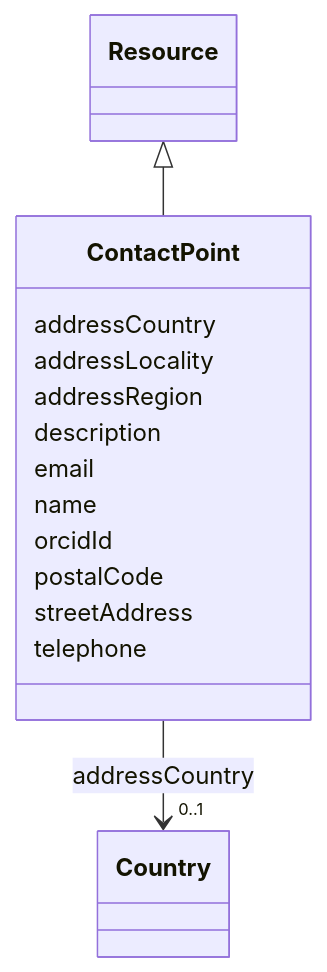
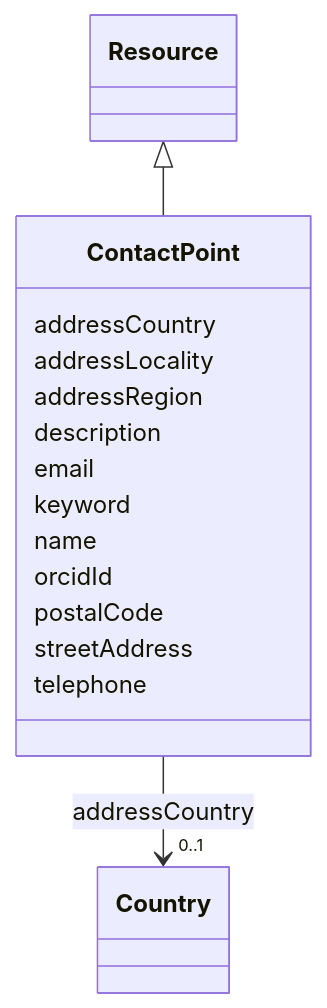
Before and after one commit to EVORA-project/evora-ontology: the diagram in models/docs/ContactPoint.md, drawn with Mermaid. The commit also changed other lines of this file and 402 other files, not shown here.

````diff
--- a/models/docs/ContactPoint.md
+++ b/models/docs/ContactPoint.md
@@ -19,36 +19,38 @@
 ```mermaid
  classDiagram
     class ContactPoint
     click ContactPoint href "../ContactPoint"
       Resource <|-- ContactPoint
         click Resource href "../Resource"
       
       ContactPoint : addressCountry
         
           
     
     
     ContactPoint --> "0..1" Country : addressCountry
     click Country href "../Country"
 
         
       ContactPoint : addressLocality
         
       ContactPoint : addressRegion
         
       ContactPoint : description
         
       ContactPoint : email
         
+      ContactPoint : keyword
+        
       ContactPoint : name
         
       ContactPoint : orcidId
         
       ContactPoint : postalCode
         
       ContactPoint : streetAddress
         
       ContactPoint : telephone
         
       
 ```
````
